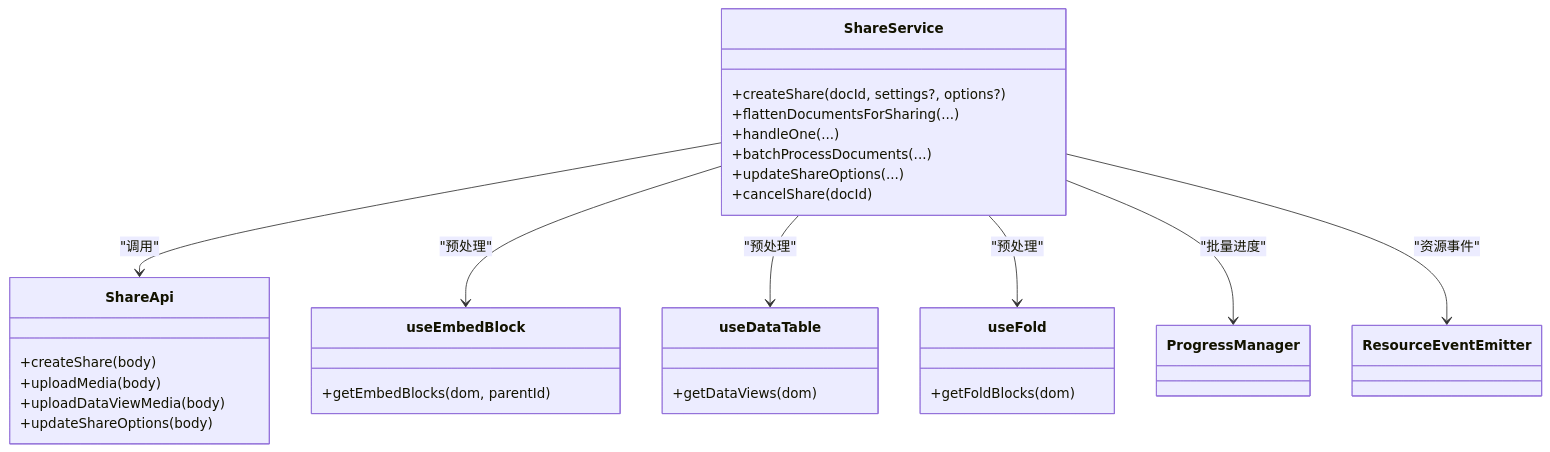
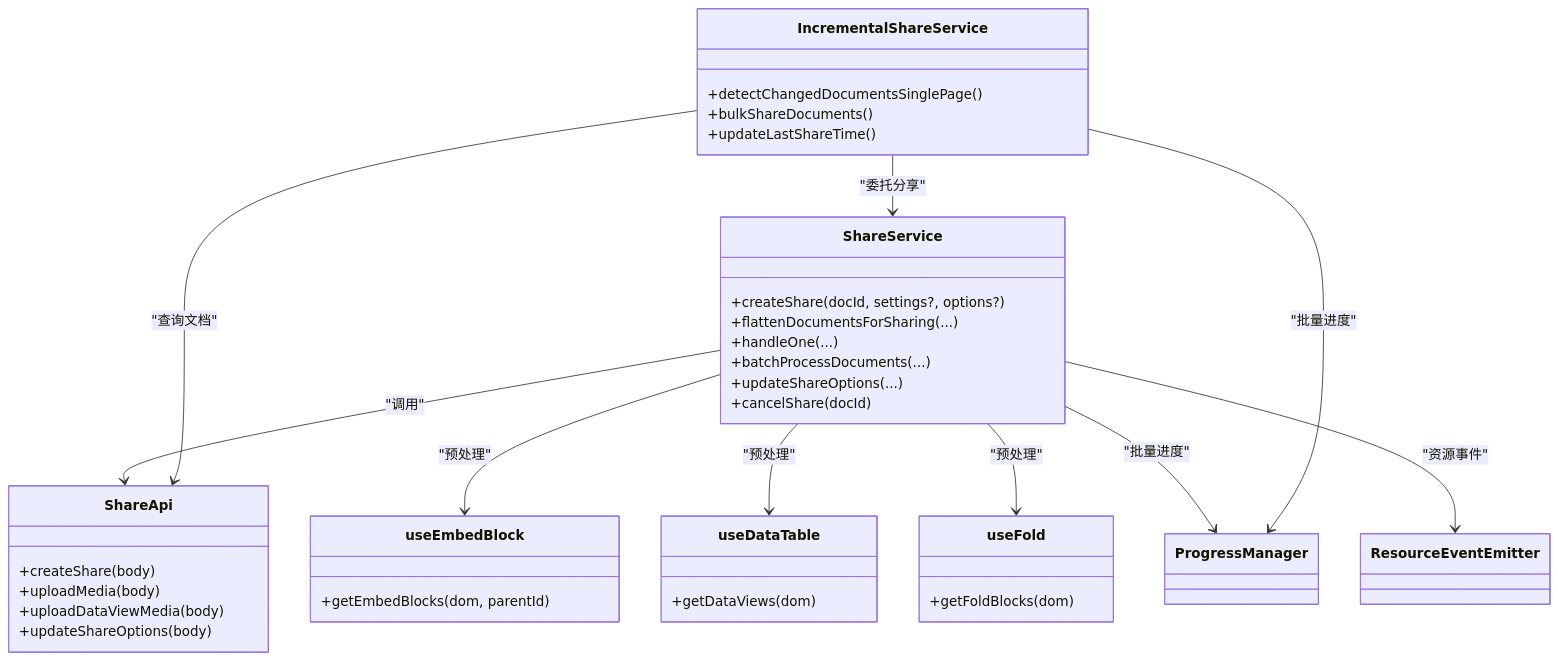
One commit to terwerinc/siyuan-plugin-share-pro changed the third of 3 diagrams in .qoder/repowiki/zh/content/架构设计/服务层架构/分享服务 (ShareService).md. Above: the diagram before and after it, drawn with Mermaid. The commit also changed other lines of this file and 12 other files, not shown here.

````diff
--- a/.qoder/repowiki/zh/content/架构设计/服务层架构/分享服务 (ShareService).md
+++ b/.qoder/repowiki/zh/content/架构设计/服务层架构/分享服务 (ShareService).md
@@ -264,34 +313,42 @@
 ```mermaid
 classDiagram
 class ShareService {
 +createShare(docId, settings?, options?)
 +flattenDocumentsForSharing(...)
 +handleOne(...)
 +batchProcessDocuments(...)
 +updateShareOptions(...)
 +cancelShare(docId)
+}
+class IncrementalShareService {
++detectChangedDocumentsSinglePage()
++bulkShareDocuments()
++updateLastShareTime()
 }
 class ShareApi {
 +createShare(body)
 +uploadMedia(body)
 +uploadDataViewMedia(body)
 +updateShareOptions(body)
 }
 class useEmbedBlock {
 +getEmbedBlocks(dom, parentId)
 }
 class useDataTable {
 +getDataViews(dom)
 }
 class useFold {
 +getFoldBlocks(dom)
 }
 class ProgressManager
 class ResourceEventEmitter
 ShareService --> ShareApi : "调用"
 ShareService --> useEmbedBlock : "预处理"
 ShareService --> useDataTable : "预处理"
 ShareService --> useFold : "预处理"
 ShareService --> ProgressManager : "批量进度"
 ShareService --> ResourceEventEmitter : "资源事件"
+IncrementalShareService --> ShareService : "委托分享"
+IncrementalShareService --> ShareApi : "查询文档"
+IncrementalShareService --> ProgressManager : "批量进度"
 ```
````
